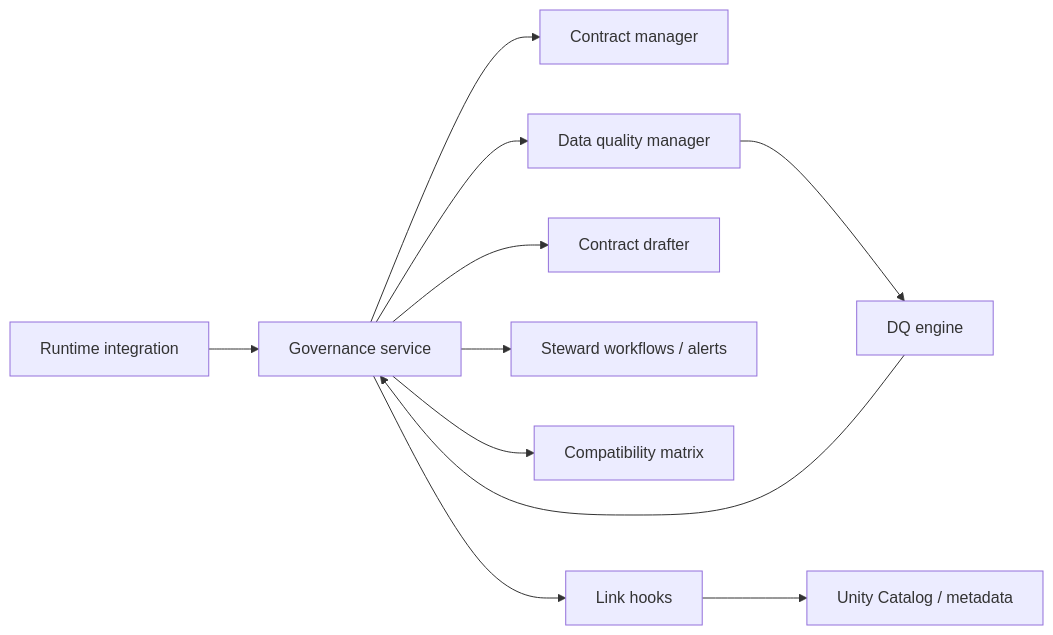
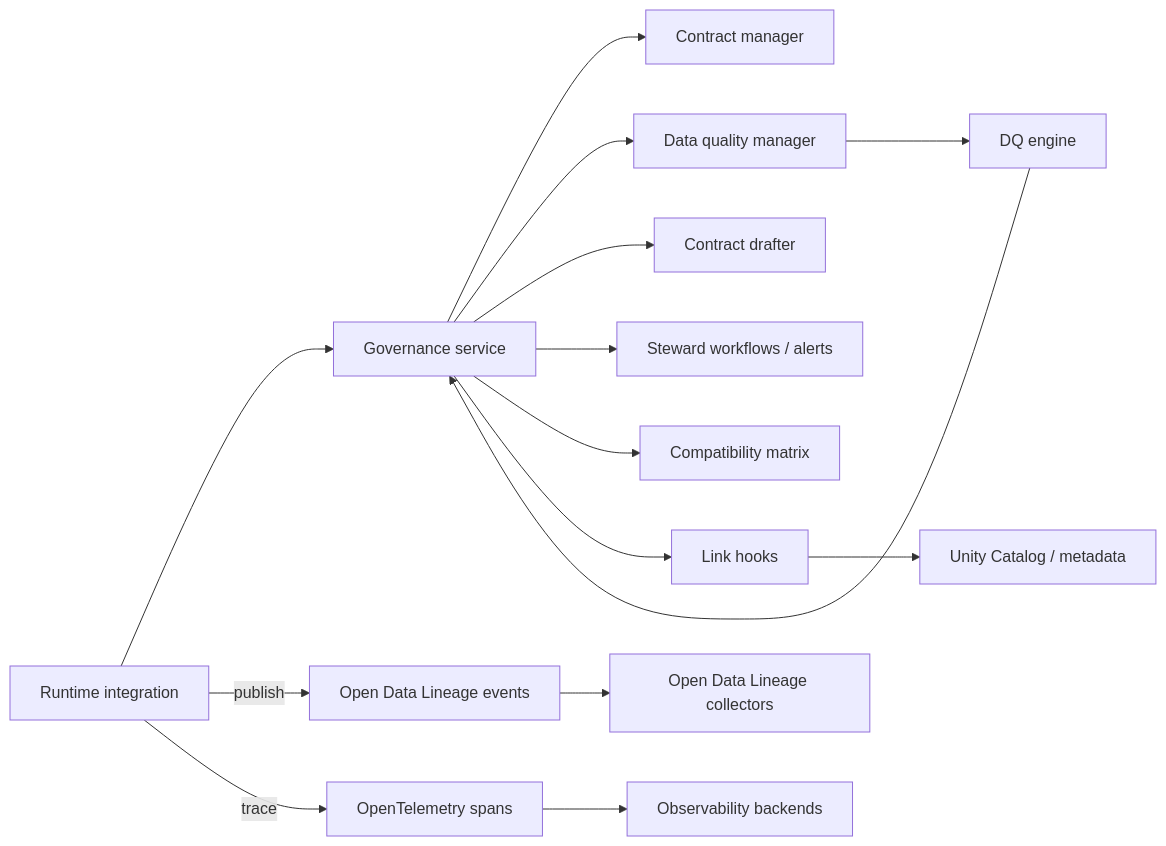
One commit to NextLab-SRL/dc43 changed the diagram in docs/component-data-quality-governance.md. Above: the diagram before and after it, drawn with Mermaid. The commit also changed other lines of this file and 6 other files, not shown here.

````diff
--- a/docs/component-data-quality-governance.md
+++ b/docs/component-data-quality-governance.md
@@ -32,13 +32,17 @@
 ```mermaid
 flowchart LR
     Integration["Runtime integration"] --> Governance["Governance service"]
+    Integration -->|publish| Lineage["Open Data Lineage events"]
+    Integration -->|trace| Telemetry["OpenTelemetry spans"]
     Governance --> Contracts["Contract manager"]
     Governance --> DQMgr["Data quality manager"]
     DQMgr --> Engine["DQ engine"]
     Engine --> Governance
     Governance --> Drafts["Contract drafter"]
     Governance --> Stewardship["Steward workflows / alerts"]
     Governance --> Catalog["Compatibility matrix"]
     Governance --> LinkHooks["Link hooks"]
     LinkHooks --> Targets["Unity Catalog / metadata"]
+    Lineage --> LineageSinks["Open Data Lineage collectors"]
+    Telemetry --> TelemetrySinks["Observability backends"]
 ```
````
